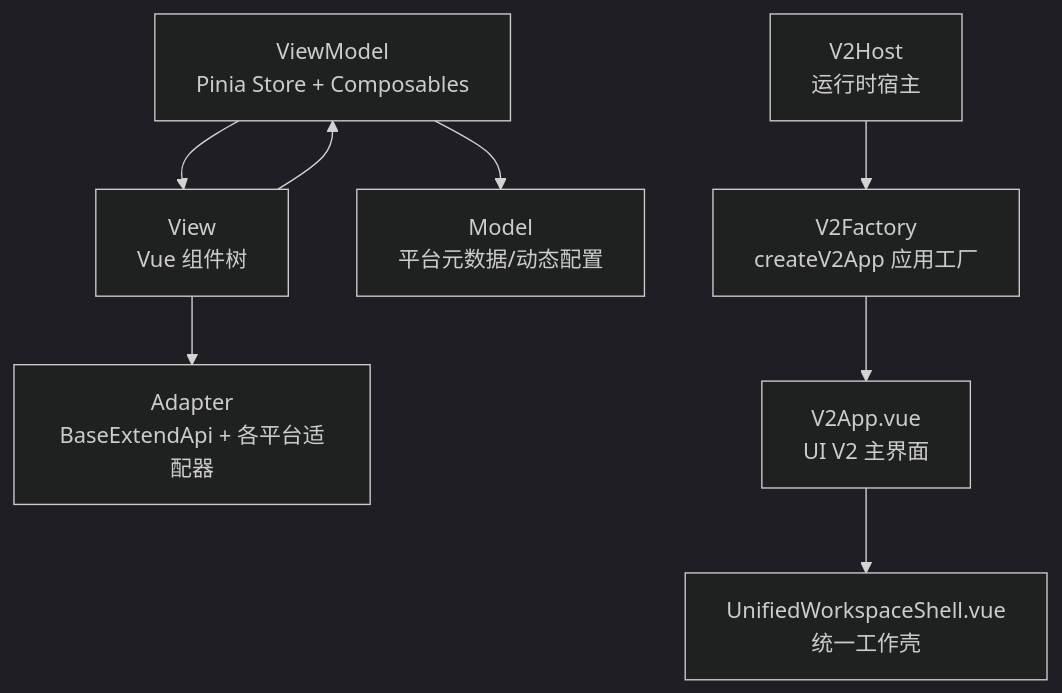
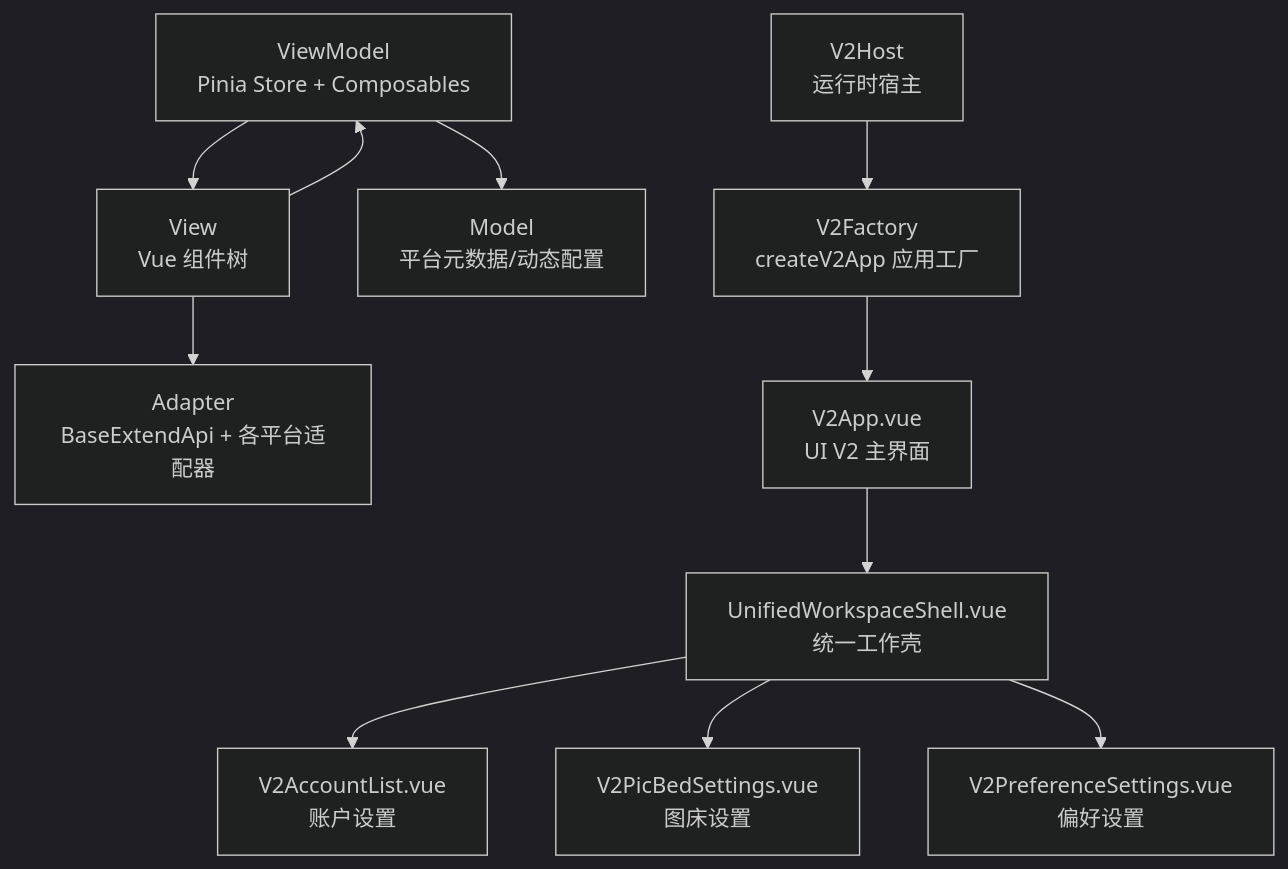
Before and after one commit to terwer/siyuan-plugin-publisher: the second of 14 diagrams in .qoder/repowiki/zh/content/核心架构/核心架构.md, drawn with Mermaid (dark theme). The commit also changed other lines of this file and 27 other files, not shown here.

````diff
--- a/.qoder/repowiki/zh/content/核心架构/核心架构.md
+++ b/.qoder/repowiki/zh/content/核心架构/核心架构.md
@@ -171,17 +181,21 @@
 ```mermaid
 graph TB
 VM["ViewModel<br/>Pinia Store + Composables"]
 V["View<br/>Vue 组件树"]
 M["Model<br/>平台元数据/动态配置"]
 A["Adapter<br/>BaseExtendApi + 各平台适配器"]
 VF["V2Factory<br/>createV2App 应用工厂"]
 VH["V2Host<br/>运行时宿主"]
 V2["V2App.vue<br/>UI V2 主界面"]
 UWS["UnifiedWorkspaceShell.vue<br/>统一工作壳"]
+AS["V2AccountList.vue<br/>账户设置"]
+PBS["V2PicBedSettings.vue<br/>图床设置"]
+PS["V2PreferenceSettings.vue<br/>偏好设置"]
 VM --> V
 V --> VM
 VM --> M
 V --> A
 VF --> V2 --> UWS
 VH --> VF
+UWS --> AS & PBS & PS
 ```
````
